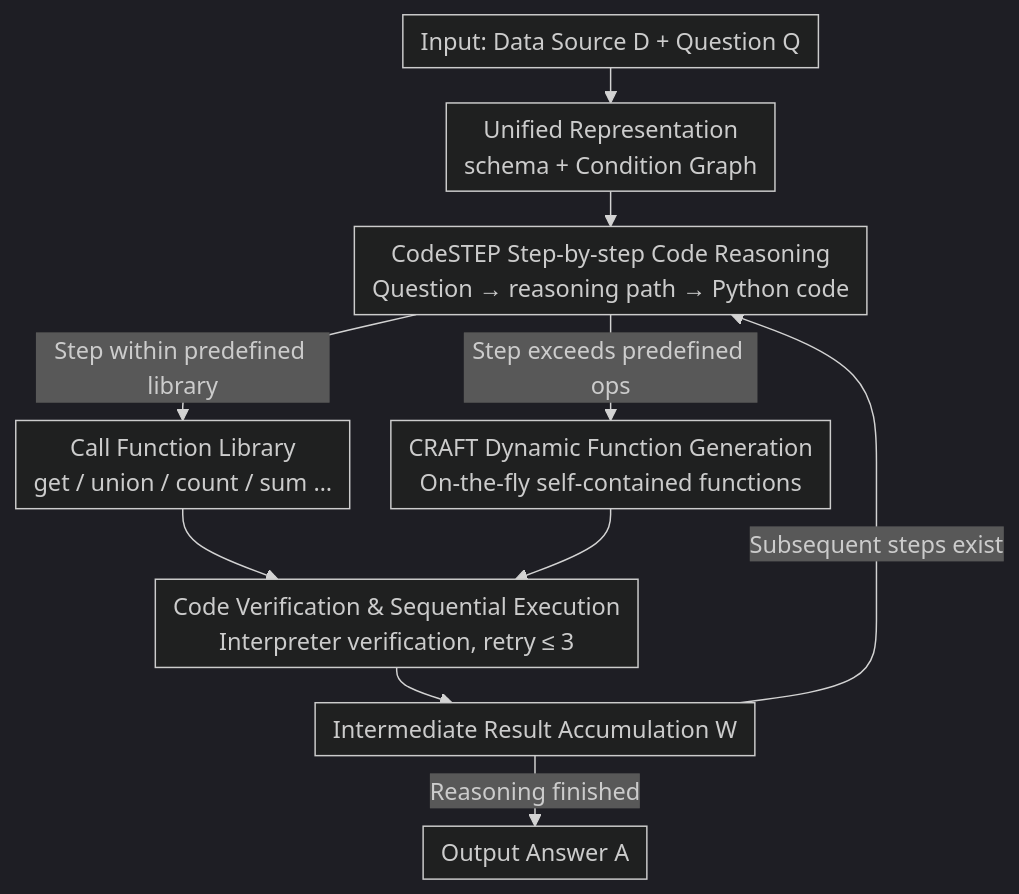
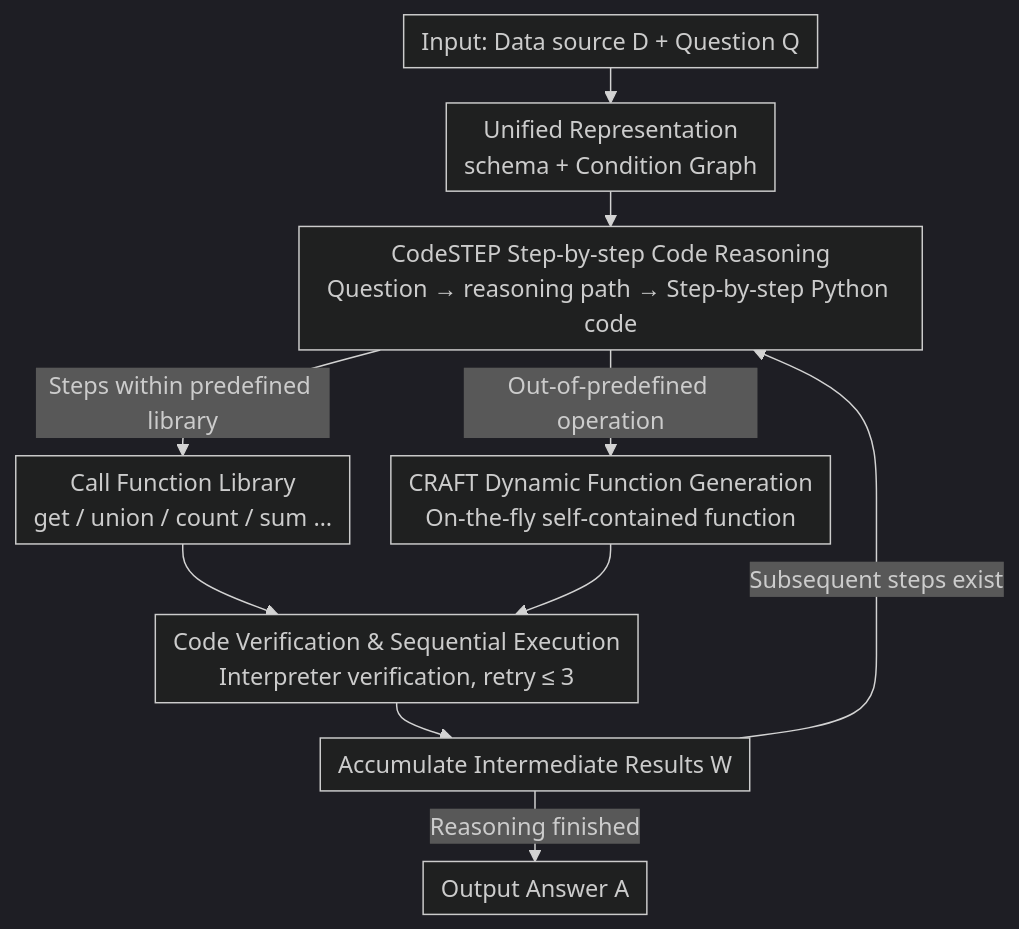
One commit to zhaoyang97/Paper-Notes-en changed the diagram in docs/ACL2026/graph_learning/craftqa_a_code-driven_adaptive_framework_for_complex_structured_data_reasoning.md. Above: the diagram before and after it, drawn with Mermaid (dark theme). The commit also changed other lines of this file and 5084 other files, not shown here.

````diff
--- a/docs/ACL2026/graph_learning/craftqa_a_code-driven_adaptive_framework_for_complex_structured_data_reasoning.md
+++ b/docs/ACL2026/graph_learning/craftqa_a_code-driven_adaptive_framework_for_complex_structured_data_reasoning.md
@@ -42,13 +42,13 @@
 ```mermaid
 %%{init: {'flowchart': {'rankSpacing': 24, 'nodeSpacing': 28, 'padding': 6, 'wrappingWidth': 400}}}%%
 flowchart TD
-    A["Input: Data Source D + Question Q"] --> B["Unified Representation<br/>schema + Condition Graph"]
-    B --> C["CodeSTEP Step-by-step Code Reasoning<br/>Question → reasoning path → Python code"]
-    C -->|Step within predefined library| D["Call Function Library<br/>get / union / count / sum …"]
-    C -->|Step exceeds predefined ops| E["CRAFT Dynamic Function Generation<br/>On-the-fly self-contained functions"]
+    A["Input: Data source D + Question Q"] --> B["Unified Representation<br/>schema + Condition Graph"]
+    B --> C["CodeSTEP Step-by-step Code Reasoning<br/>Question → reasoning path → Step-by-step Python code"]
+    C -->|Steps within predefined library| D["Call Function Library<br/>get / union / count / sum …"]
+    C -->|Out-of-predefined operation| E["CRAFT Dynamic Function Generation<br/>On-the-fly self-contained function"]
     D --> F["Code Verification & Sequential Execution<br/>Interpreter verification, retry ≤ 3"]
     E --> F
-    F --> G["Intermediate Result Accumulation W"]
+    F --> G["Accumulate Intermediate Results W"]
     G -->|Subsequent steps exist| C
     G -->|Reasoning finished| H["Output Answer A"]
 ```
````
